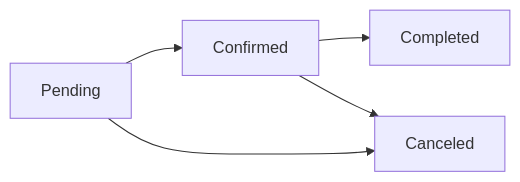
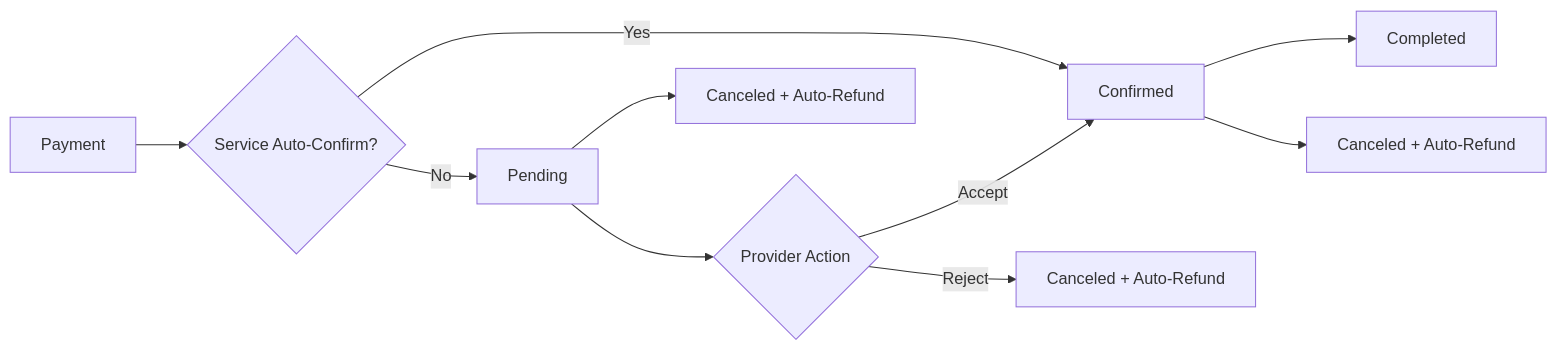
One commit to mikedph7/helpo changed the diagram in README.md. Above: the diagram before and after it, drawn with Mermaid. The commit also changed other lines of this file and 75 other files, not shown here.

````diff
--- a/README.md
+++ b/README.md
@@ -112,7 +129,12 @@
 ```mermaid
 graph LR
-    A[Pending] --> B[Confirmed]
-    B --> C[Completed]
-    A --> D[Canceled]
-    B --> D[Canceled]
+    A[Payment] --> B{Service Auto-Confirm?}
+    B -->|Yes| C[Confirmed]
+    B -->|No| D[Pending]
+    D --> E{Provider Action}
+    E -->|Accept| C[Confirmed]
+    E -->|Reject| F[Canceled + Auto-Refund]
+    C --> G[Completed]
+    C --> H[Canceled + Auto-Refund]
+    D --> I[Canceled + Auto-Refund]
 ```
````
